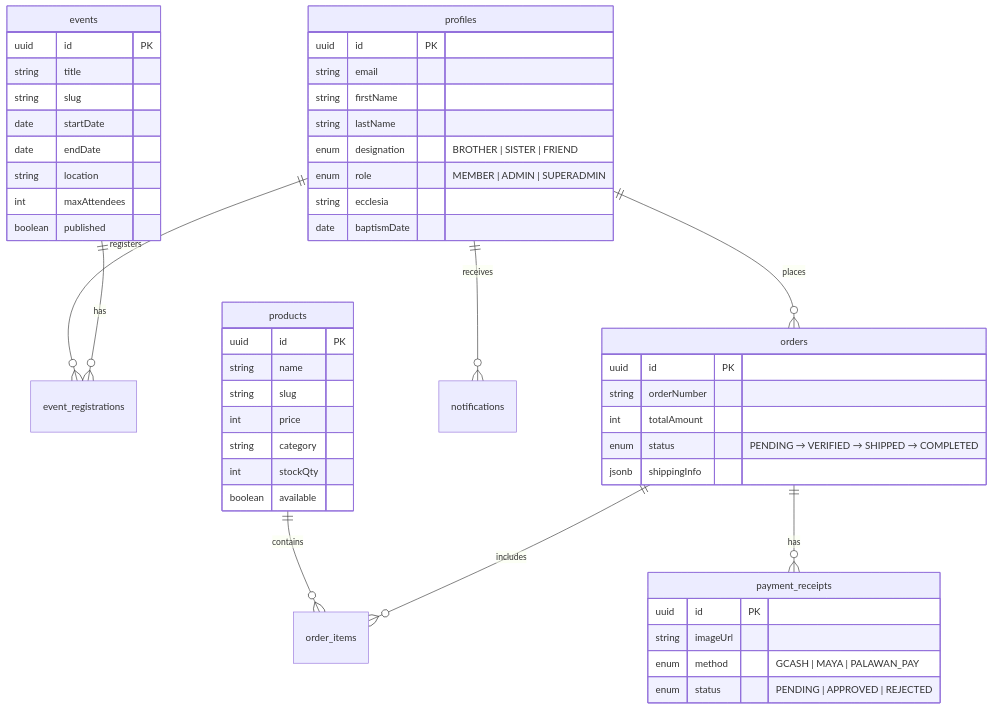
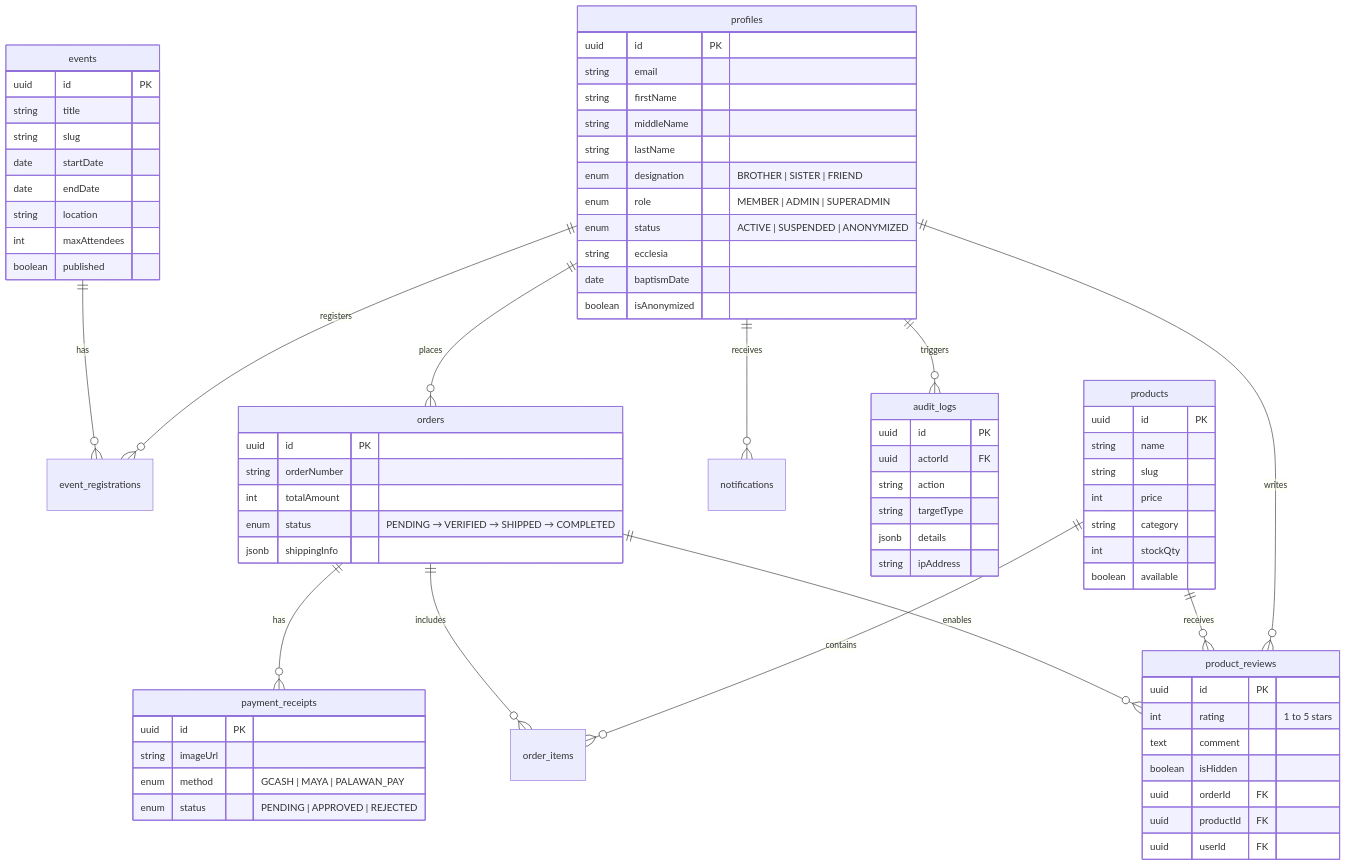
Before and after one commit to yurizz-crypto/pcyc-space: the second of 2 diagrams in README.md, drawn with Mermaid. The commit also changed other lines of this file, not shown here.

````diff
--- a/README.md
+++ b/README.md
@@ -352,20 +427,27 @@
     profiles ||--o{ event_registrations : registers
     profiles ||--o{ orders : places
     profiles ||--o{ notifications : receives
+    profiles ||--o{ product_reviews : writes
+    profiles ||--o{ audit_logs : triggers
     events ||--o{ event_registrations : has
     products ||--o{ order_items : contains
+    products ||--o{ product_reviews : receives
     orders ||--o{ order_items : includes
     orders ||--o{ payment_receipts : has
+    orders ||--o{ product_reviews : enables
 
     profiles {
         uuid id PK
         string email
         string firstName
+        string middleName
         string lastName
         enum designation "BROTHER | SISTER | FRIEND"
         enum role "MEMBER | ADMIN | SUPERADMIN"
+        enum status "ACTIVE | SUSPENDED | ANONYMIZED"
         string ecclesia
         date baptismDate
+        boolean isAnonymized
     }
 
     events {
@@ -403,4 +485,23 @@
         enum method "GCASH | MAYA | PALAWAN_PAY"
         enum status "PENDING | APPROVED | REJECTED"
     }
+
+    product_reviews {
+        uuid id PK
+        int rating "1 to 5 stars"
+        text comment
+        boolean isHidden
+        uuid orderId FK
+        uuid productId FK
+        uuid userId FK
+    }
+
+    audit_logs {
+        uuid id PK
+        uuid actorId FK
+        string action
+        string targetType
+        jsonb details
+        string ipAddress
+    }
 ```
````
